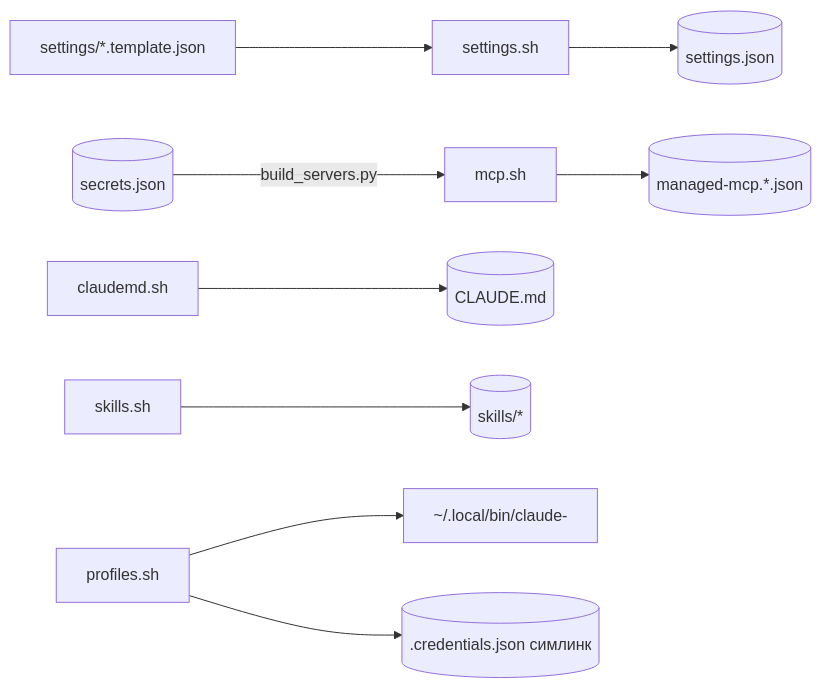
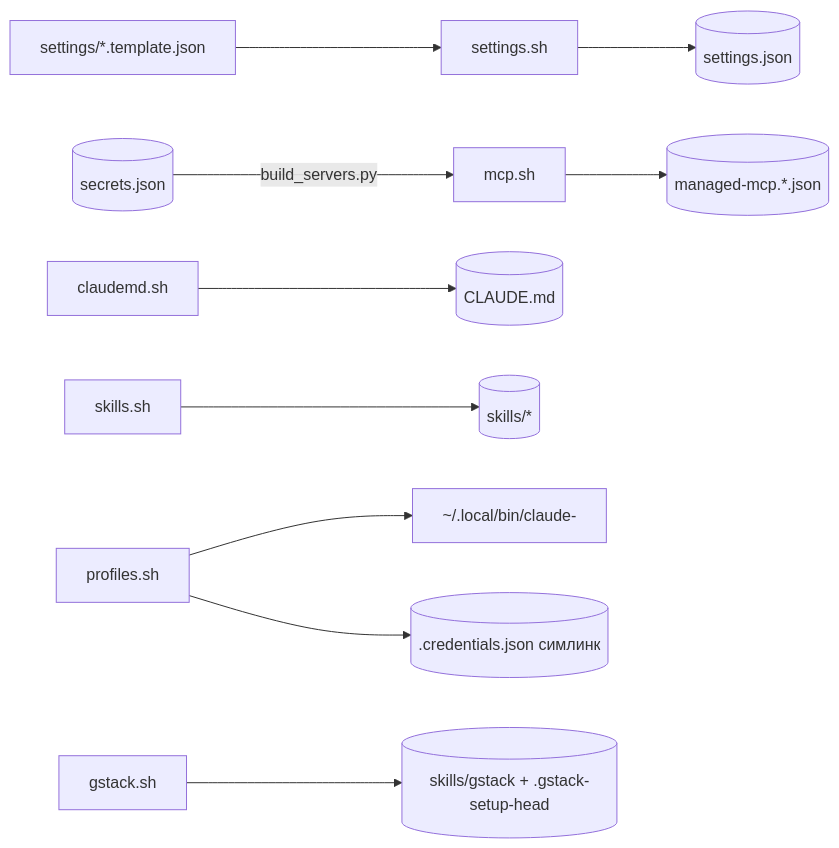
The second of 4 diagrams in docs/architecture.md (stpntkhnv/claudefiles), drawn with Mermaid before and after one commit. The commit also changed other lines of this file and 6 other files, not shown here.

````diff
--- a/docs/architecture.md
+++ b/docs/architecture.md
@@ -48,9 +50,10 @@
 ```mermaid
 flowchart LR
   tmpl["settings/*.template.json"] --> settings["settings.sh"] --> setjson[("settings.json")]
   secrets[("secrets.json")] -->|build_servers.py| mcp["mcp.sh"] --> mcpman[("managed-mcp.*.json")]
   claudemd["claudemd.sh"] --> cmd[("CLAUDE.md")]
   skills["skills.sh"] --> skdir[("skills/*")]
   prof["profiles.sh"] --> wrap["~/.local/bin/claude-<name>"]
   prof --> creds[(".credentials.json симлинк")]
+  gstack["gstack.sh"] --> gclone[("skills/gstack + .gstack-setup-head")]
 ```
````
